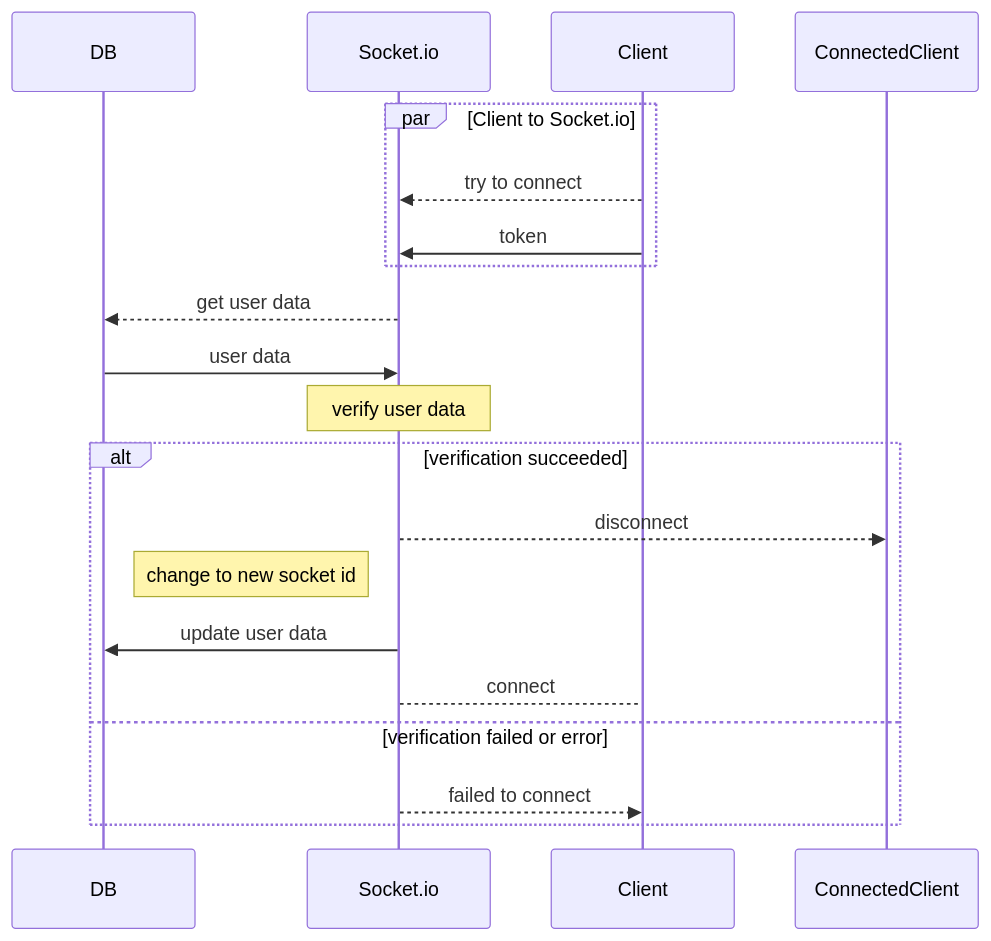
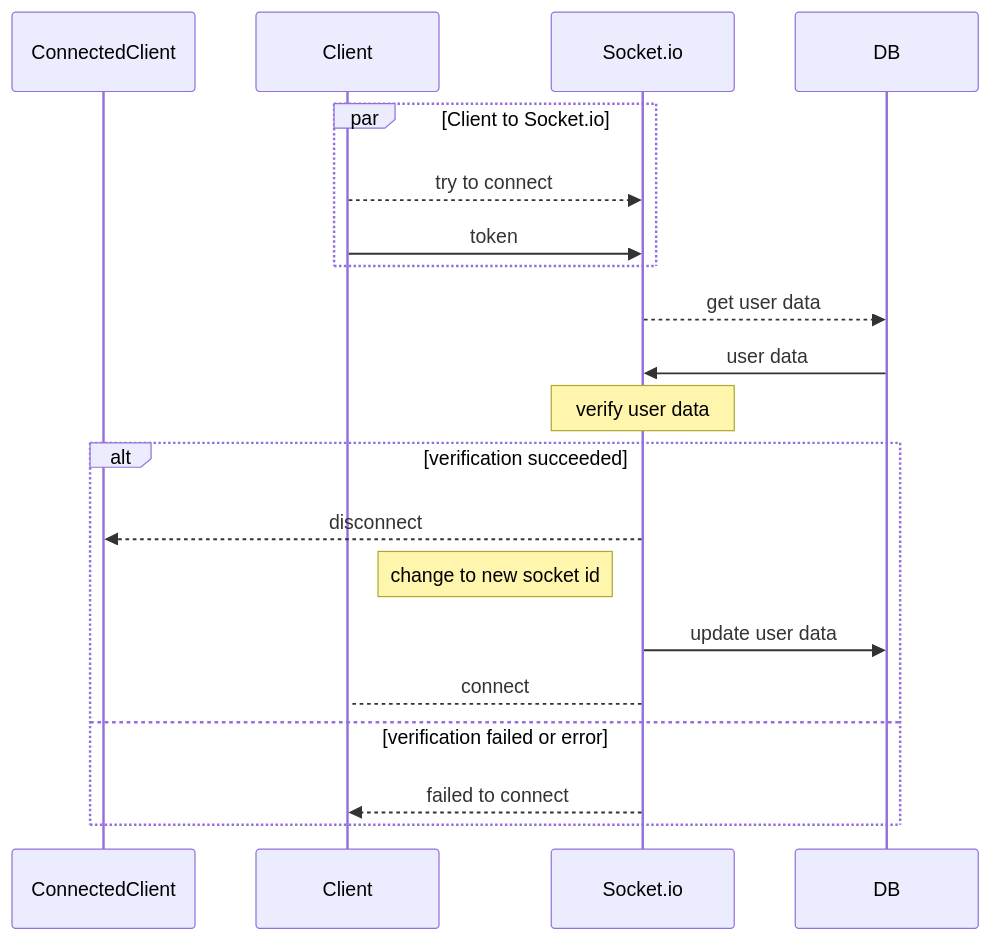
Before and after one commit to Chizi-P/ChatApp: the first of 3 diagrams in Documentation/Communication.md, drawn with Mermaid. The commit also changed other lines of this file and 18 other files, not shown here.

```diff
--- a/Documentation/Communication.md
+++ b/Documentation/Communication.md
@@ -3,22 +3,22 @@
 ::: mermaid
 sequenceDiagram
+    participant CC as ConnectedClient
+    participant C  as Client
+    participant SK as Socket.io
     participant DB as DB
-    participant SK as Socket.io
-    participant C  as Client
-    participant CC as ConnectedClient
     par Client to Socket.io
         C -->> SK: try to connect
         C ->>  SK: token
     end
     SK -->> DB: get user data
     DB ->>  SK: user data
     Note over SK: verify user data
     alt verification succeeded
         SK -->> CC: disconnect
         Note left of SK: change to new socket id
         SK ->>  DB: update user data
         SK -->  C : connect
     else verification failed or error
         SK -->> C : failed to connect
     end
 :::
```
